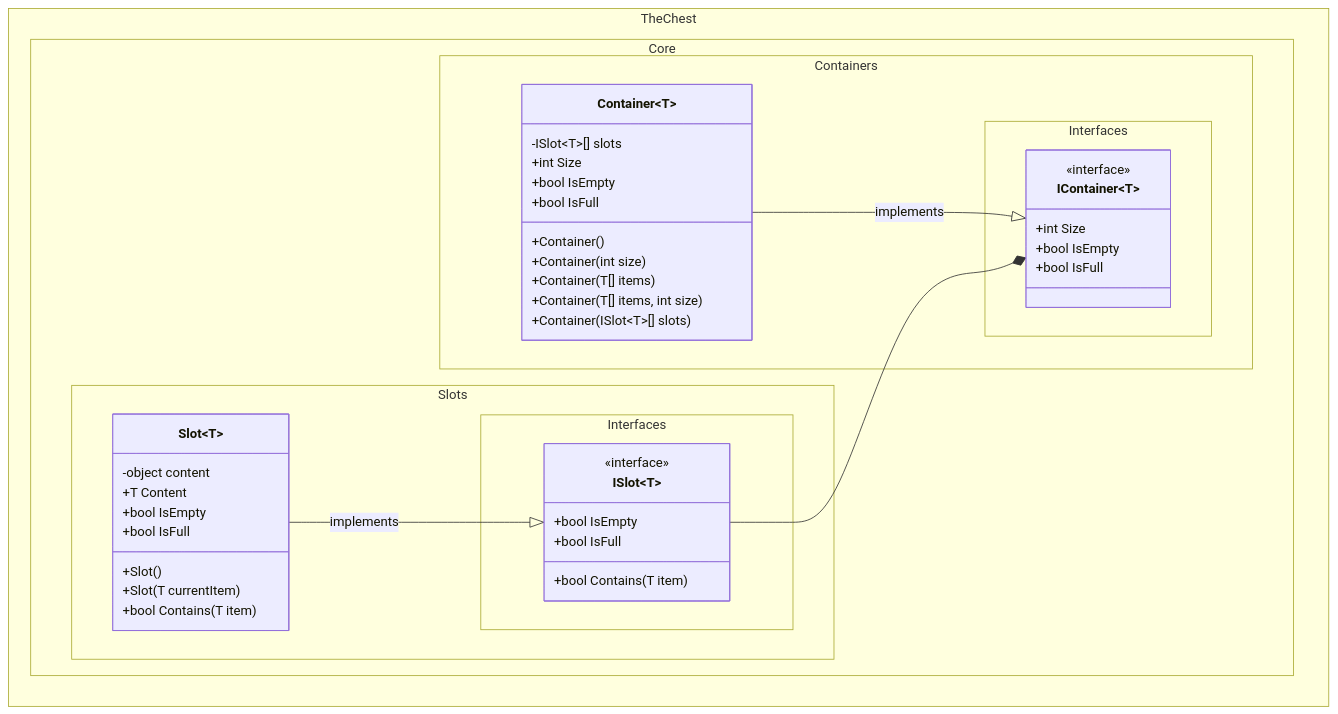
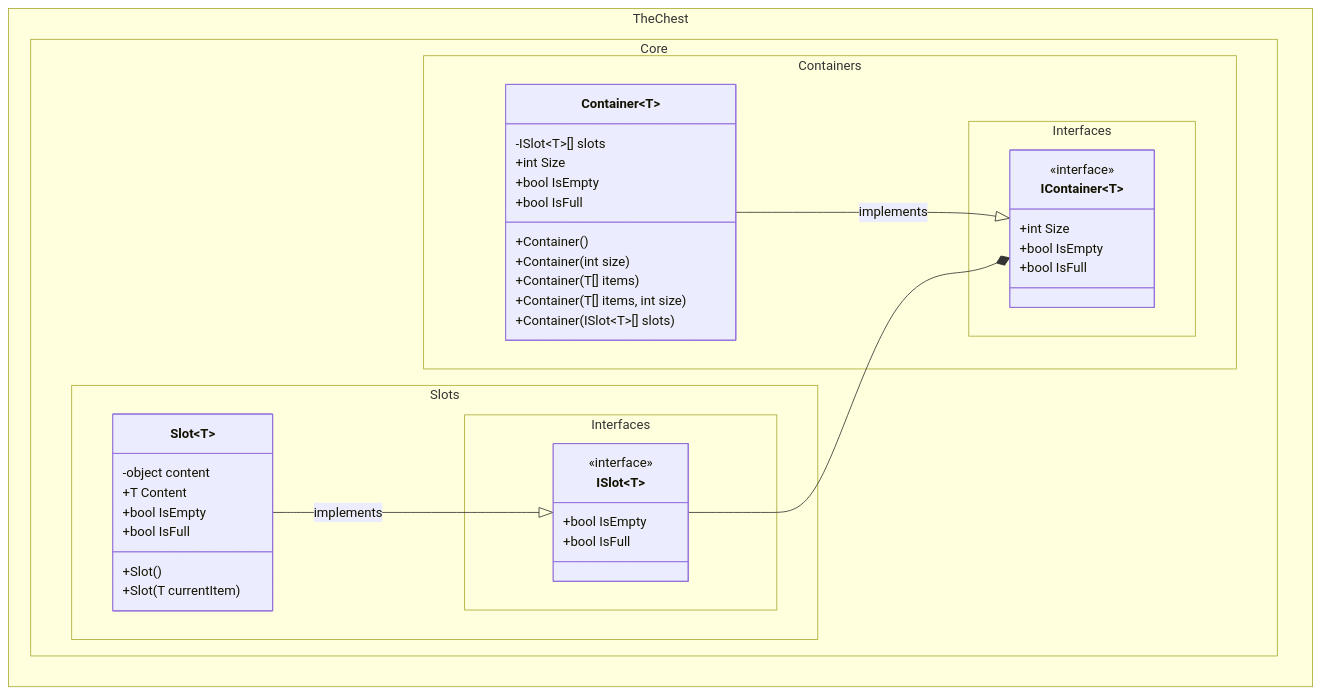
Before and after one commit to The-Chest/TheChest.Core: the first of 3 diagrams in docs/class_diagram.md, drawn with Mermaid. The commit also changed other lines of this file and 13 other files, not shown here.

````diff
--- a/docs/class_diagram.md
+++ b/docs/class_diagram.md
@@ -9,62 +9,60 @@
 ```mermaid
 ---
 config:
   theme: mc
   look: classic
   class:
     hideEmptyMembersBox: true
 ---
 classDiagram
 direction BT
 	namespace TheChest.Core.Containers.Interfaces {
         class IContainer~T~ {
 	        +int Size
 	        +bool IsEmpty
 	        +bool IsFull
         }
 	}
 	namespace TheChest.Core.Slots.Interfaces {
         class ISlot~T~ {
 	        +bool IsEmpty
 	        +bool IsFull
-	        +bool Contains(T item)
         }
 	}
 	namespace TheChest.Core.Containers {
         class Container~T~ {
 			-ISlot~T~[] slots
 
 	        +int Size
 	        +bool IsEmpty
 	        +bool IsFull
 
 			+Container()
 			+Container(int size)
 			+Container(T[] items)
 			+Container(T[] items, int size)
 			+Container(ISlot~T~[] slots)
 
         }
 	}
 	namespace TheChest.Core.Slots {
         class Slot~T~ {
 			-object content
 			+T Content
 
 			+Slot()
 			+Slot(T currentItem)
 
 			+bool IsEmpty
 			+bool IsFull
 
-			+bool Contains(T item)
         }
 	}
 
 	<<interface>> IContainer
 	<<interface>> ISlot
 
     Container --|> IContainer : implements
     ISlot --* IContainer
     Slot --|> ISlot : implements
 ```
````
